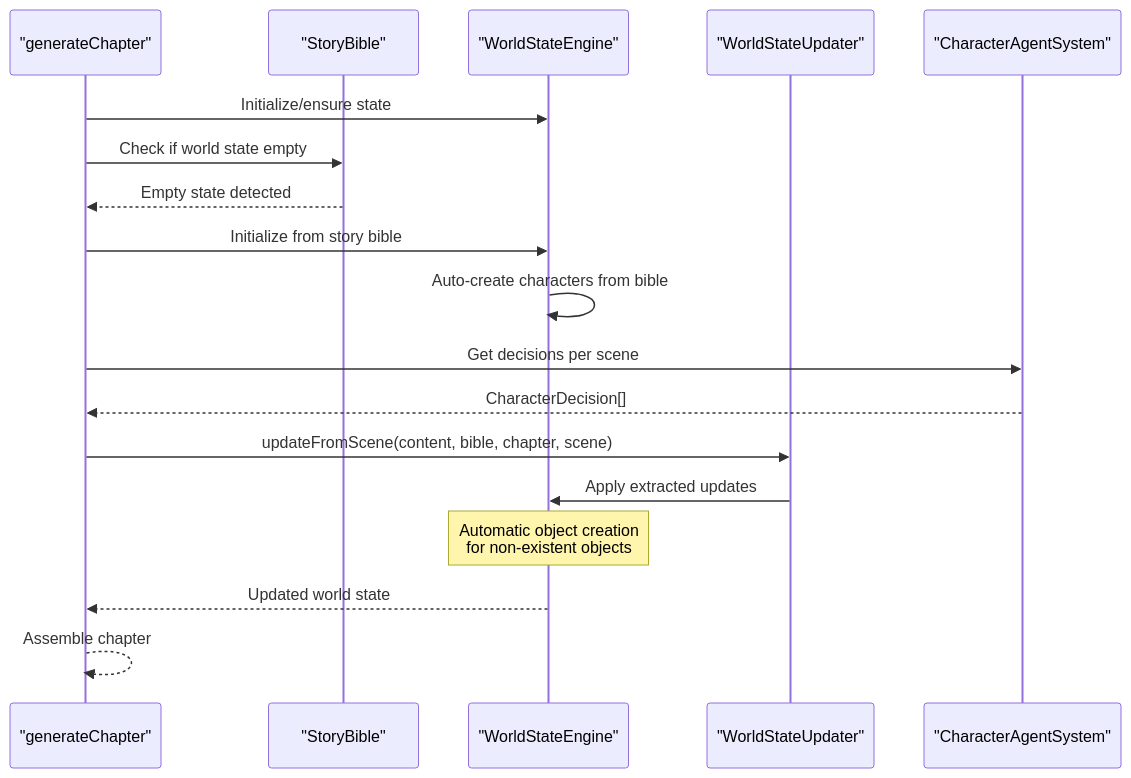
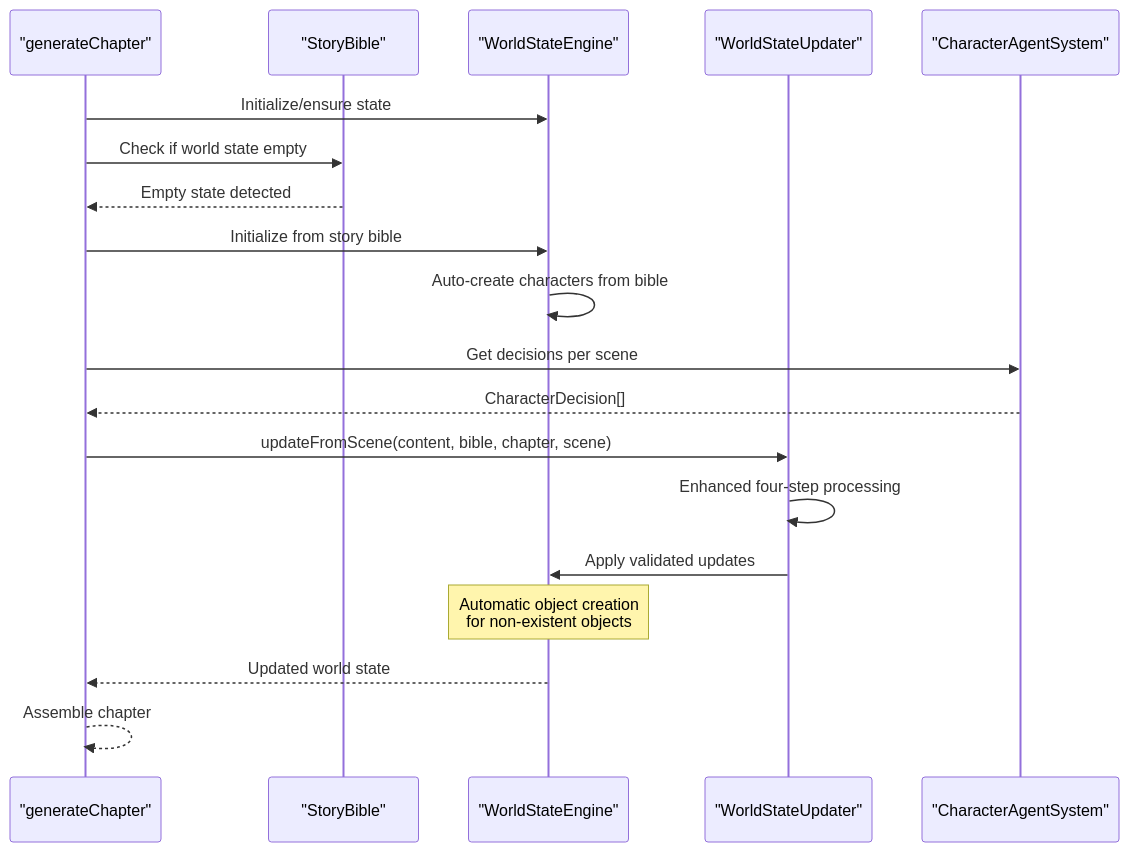
Before and after one commit to liwonder/NARRITIVE_OS: the eighth of 9 diagrams in .qoder/repowiki/en/content/Engine Architecture/World State Engine.md, drawn with Mermaid. The commit also changed other lines of this file and 7 other files, not shown here.

````diff
--- a/.qoder/repowiki/en/content/Engine Architecture/World State Engine.md
+++ b/.qoder/repowiki/en/content/Engine Architecture/World State Engine.md
@@ -373,20 +404,21 @@
 ```mermaid
 sequenceDiagram
 participant GC as "generateChapter"
 participant BIBLE as "StoryBible"
 participant WSE as "WorldStateEngine"
 participant WSU as "WorldStateUpdater"
 participant CA as "CharacterAgentSystem"
 GC->>WSE : Initialize/ensure state
 GC->>BIBLE : Check if world state empty
 BIBLE-->>GC : Empty state detected
 GC->>WSE : Initialize from story bible
 WSE->>WSE : Auto-create characters from bible
 GC->>CA : Get decisions per scene
 CA-->>GC : CharacterDecision[]
 GC->>WSU : updateFromScene(content, bible, chapter, scene)
-WSU->>WSE : Apply extracted updates
+WSU->>WSU : Enhanced four-step processing
+WSU->>WSE : Apply validated updates
 Note over WSE : Automatic object creation<br/>for non-existent objects
 WSE-->>GC : Updated world state
 GC-->>GC : Assemble chapter
 ```
````
